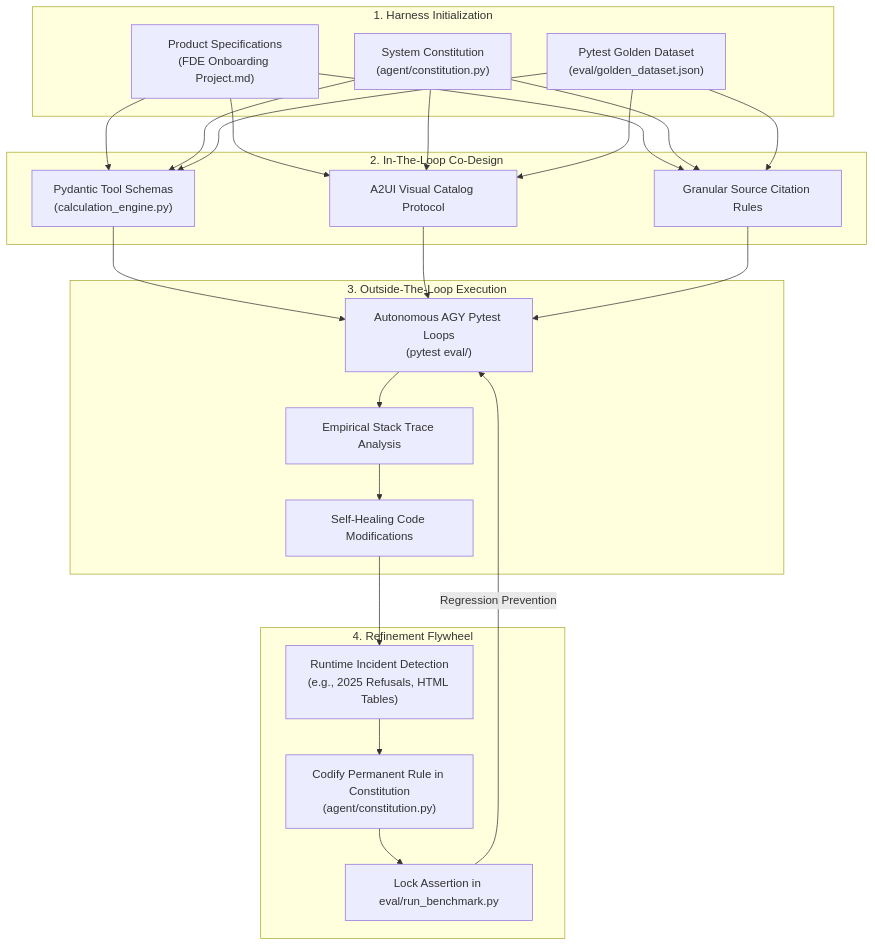
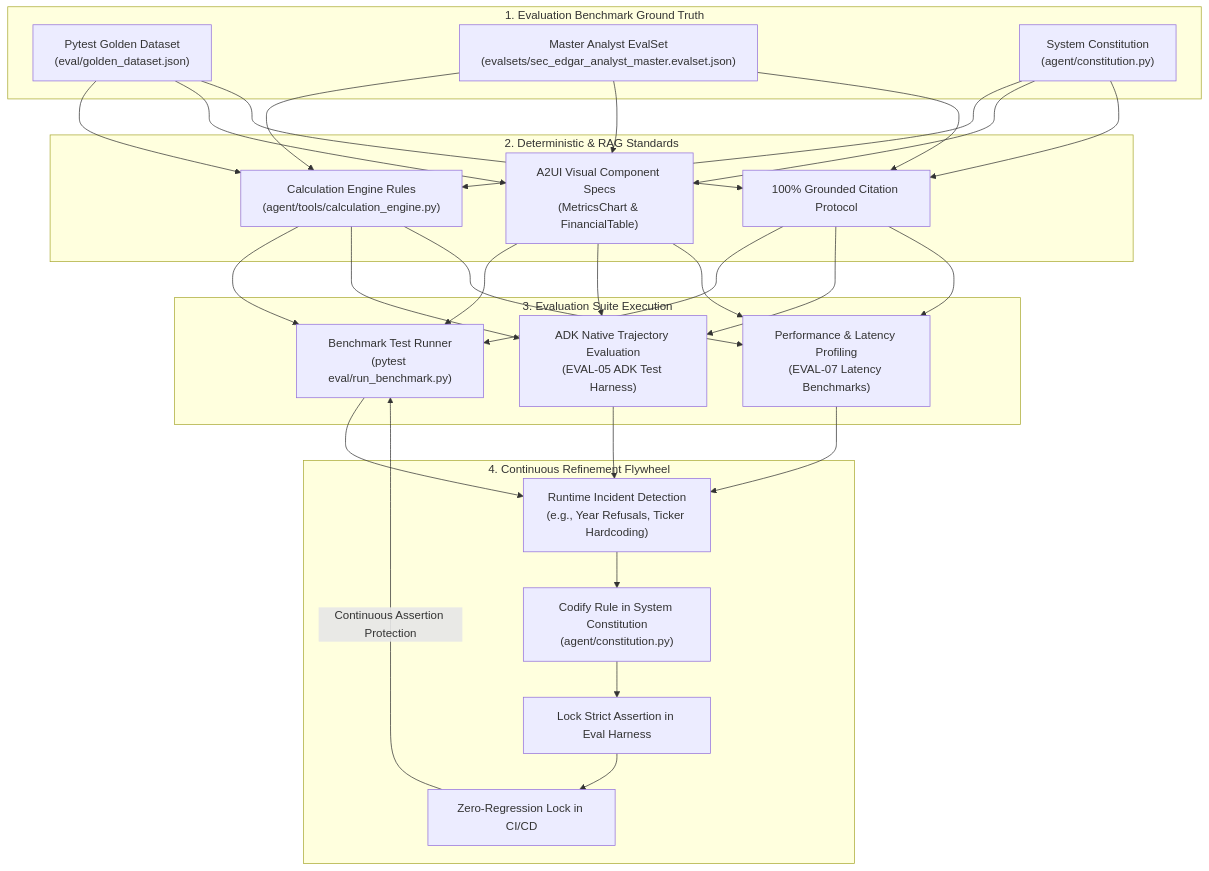
One commit to cvwang/sec-edgar-analyst changed the fifth of 6 diagrams in docs/architectural_diagrams.md. Above: the diagram before and after it, drawn with Mermaid. The commit also changed other lines of this file and 5 other files, not shown here.

Commit message:
feat(presentation): update capstone presentation deck, add PPTX generator scripts, update architectural diagrams and requirement tracker

````diff
--- a/docs/architectural_diagrams.md
+++ b/docs/architectural_diagrams.md
@@ -202,32 +241,33 @@
 ```mermaid
 flowchart TD
-    subgraph Initialization ["1. Harness Initialization"]
-        Specs["Product Specifications<br/>(FDE Onboarding Project.md)"]
-        Const["System Constitution<br/>(agent/constitution.py)"]
-        Eval["Pytest Golden Dataset<br/>(eval/golden_dataset.json)"]
+    subgraph GroundTruth ["1. Evaluation Benchmark Ground Truth"]
+        GoldenDS["Pytest Golden Dataset<br/>(eval/golden_dataset.json)"]
+        MasterEvalset["Master Analyst EvalSet<br/>(evalsets/sec_edgar_analyst_master.evalset.json)"]
+        Constitution["System Constitution<br/>(agent/constitution.py)"]
     end
 
-    subgraph Loop ["2. In-The-Loop Co-Design"]
-        Schemas["Pydantic Tool Schemas<br/>(calculation_engine.py)"]
-        A2UI["A2UI Visual Catalog Protocol"]
-        Citations["Granular Source Citation Rules"]
+    subgraph ArchitectureSpecs ["2. Deterministic & RAG Standards"]
+        Engine["Calculation Engine Rules<br/>(agent/tools/calculation_engine.py)"]
+        A2UI["A2UI Visual Component Specs<br/>(MetricsChart & FinancialTable)"]
+        CitationRules["100% Grounded Citation Protocol"]
     end
 
-    subgraph Autonomous ["3. Outside-The-Loop Execution"]
-        PytestRunner["Autonomous AGY Pytest Loops<br/>(pytest eval/)"]
-        TraceDebug["Empirical Stack Trace Analysis"]
-        AutoPatch["Self-Healing Code Modifications"]
+    subgraph EvaluationSuite ["3. Evaluation Suite Execution"]
+        BenchRunner["Benchmark Test Runner<br/>(pytest eval/run_benchmark.py)"]
+        TrajectoryEval["ADK Native Trajectory Evaluation<br/>(EVAL-05 ADK Test Harness)"]
+        PerformanceProfile["Performance & Latency Profiling<br/>(EVAL-07 Latency Benchmarks)"]
     end
 
-    subgraph Flywheel ["4. Refinement Flywheel"]
-        IncidentLog["Runtime Incident Detection<br/>(e.g., 2025 Refusals, HTML Tables)"]
-        RuleCodification["Codify Permanent Rule in Constitution<br/>(agent/constitution.py)"]
-        AssertionLock["Lock Assertion in eval/run_benchmark.py"]
+    subgraph RefinementFlywheel ["4. Continuous Refinement Flywheel"]
+        IncidentLog["Runtime Incident Detection<br/>(e.g., Year Refusals, Ticker Hardcoding)"]
+        ConstitutionPatch["Codify Rule in System Constitution<br/>(agent/constitution.py)"]
+        AssertionLock["Lock Strict Assertion in Eval Harness"]
+        ZeroRegression["Zero-Regression Lock in CI/CD"]
     end
 
-    Specs & Const & Eval --> Schemas & A2UI & Citations
-    Schemas & A2UI & Citations --> PytestRunner
-    PytestRunner --> TraceDebug --> AutoPatch
-    AutoPatch --> IncidentLog --> RuleCodification --> AssertionLock
-    AssertionLock -->|Regression Prevention| PytestRunner
+    GoldenDS & MasterEvalset & Constitution --> Engine & A2UI & CitationRules
+    Engine & A2UI & CitationRules --> BenchRunner & TrajectoryEval & PerformanceProfile
+    BenchRunner & TrajectoryEval & PerformanceProfile --> IncidentLog
+    IncidentLog --> ConstitutionPatch --> AssertionLock --> ZeroRegression
+    ZeroRegression -->|Continuous Assertion Protection| BenchRunner
 ```
````
